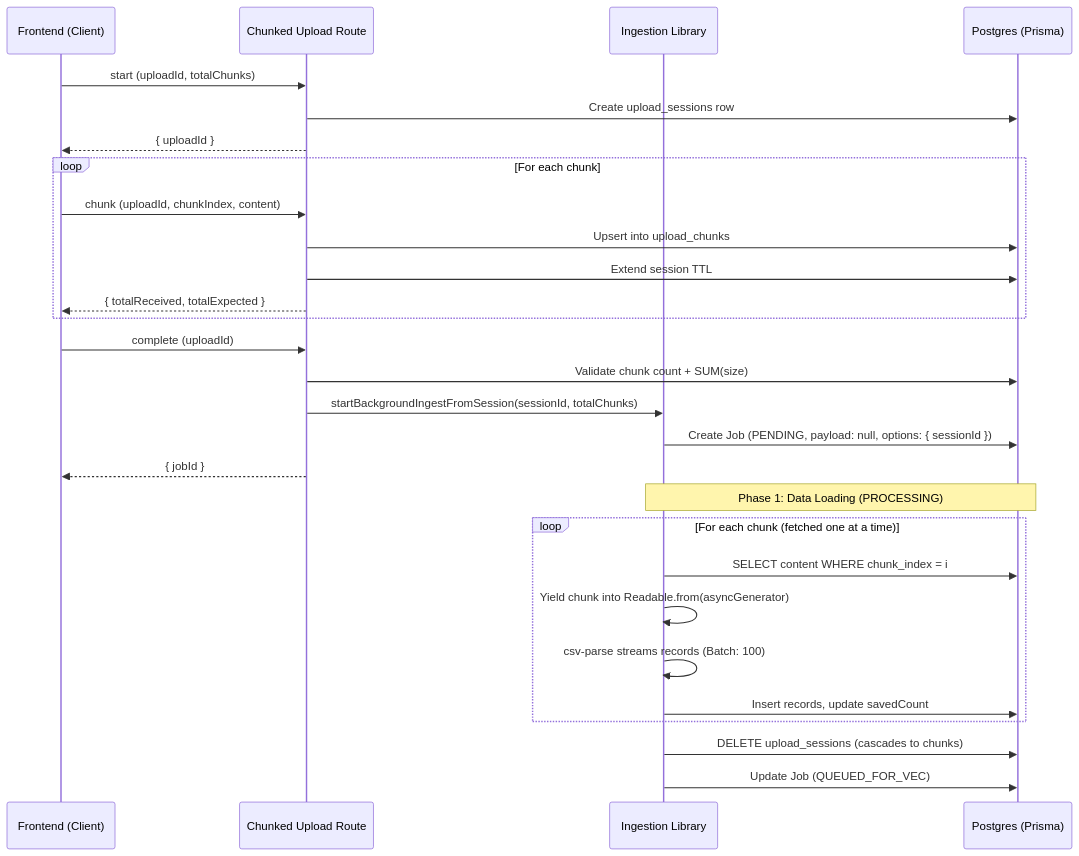
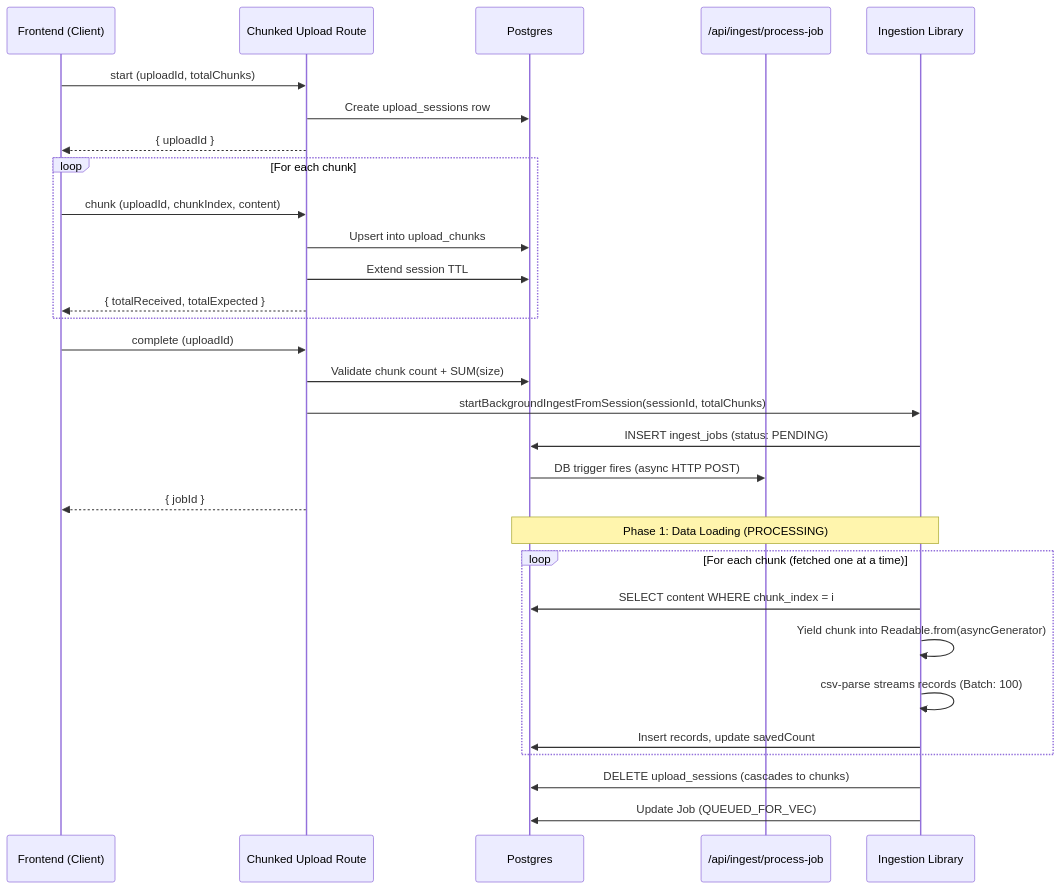
The second of 2 diagrams in Documentation/Architecture/INGESTION_FLOW.md (Fleet-AI-Operations/operations-toolkit), drawn with Mermaid before and after one commit. The commit also changed other lines of this file and 5 other files, not shown here.

````diff
--- a/Documentation/Architecture/INGESTION_FLOW.md
+++ b/Documentation/Architecture/INGESTION_FLOW.md
@@ -59,34 +57,36 @@
 ```mermaid
 sequenceDiagram
     participant UI as Frontend (Client)
     participant API as Chunked Upload Route
+    participant DB as Postgres
+    participant WH as /api/ingest/process-job
     participant LIB as Ingestion Library
-    participant DB as Postgres (Prisma)
 
     UI->>API: start (uploadId, totalChunks)
     API->>DB: Create upload_sessions row
     API-->>UI: { uploadId }
 
     loop For each chunk
         UI->>API: chunk (uploadId, chunkIndex, content)
         API->>DB: Upsert into upload_chunks
         API->>DB: Extend session TTL
         API-->>UI: { totalReceived, totalExpected }
     end
 
     UI->>API: complete (uploadId)
     API->>DB: Validate chunk count + SUM(size)
     API->>LIB: startBackgroundIngestFromSession(sessionId, totalChunks)
-    LIB->>DB: Create Job (PENDING, payload: null, options: { sessionId })
+    LIB->>DB: INSERT ingest_jobs (status: PENDING)
+    DB->>WH: DB trigger fires (async HTTP POST)
     API-->>UI: { jobId }
 
     Note over LIB, DB: Phase 1: Data Loading (PROCESSING)
     loop For each chunk (fetched one at a time)
         LIB->>DB: SELECT content WHERE chunk_index = i
         LIB->>LIB: Yield chunk into Readable.from(asyncGenerator)
         LIB->>LIB: csv-parse streams records (Batch: 100)
         LIB->>DB: Insert records, update savedCount
     end
     LIB->>DB: DELETE upload_sessions (cascades to chunks)
     LIB->>DB: Update Job (QUEUED_FOR_VEC)
 ```
````
